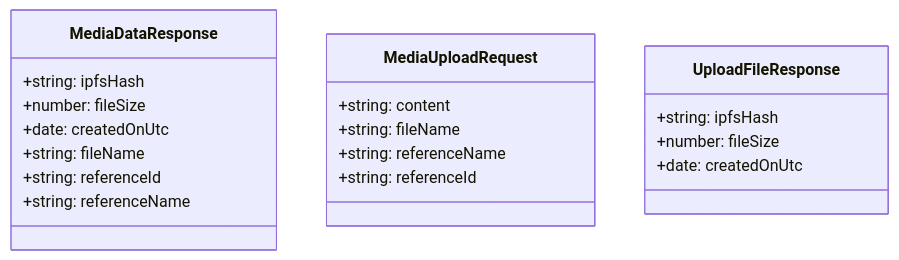
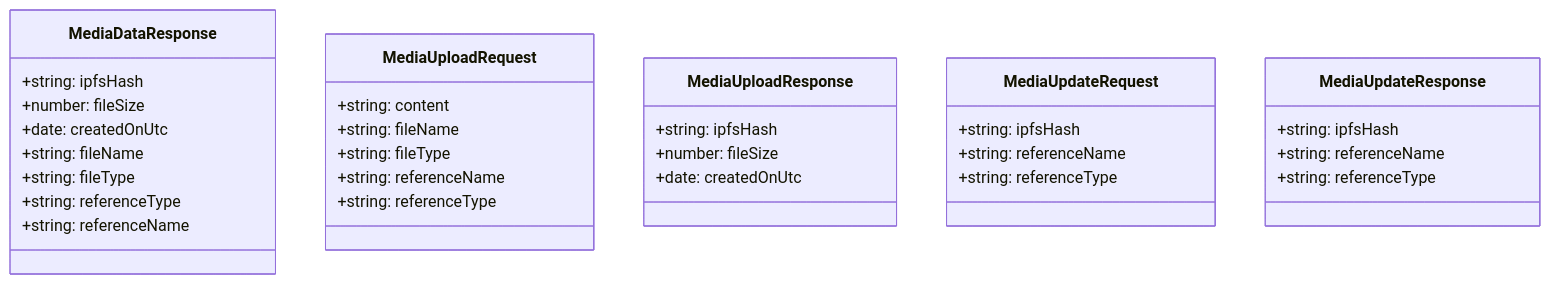
One commit to ikemtz/ITEC5905 changed the diagram in docs/media-webapi/class-diagram.md. Above: the diagram before and after it, drawn with Mermaid. The commit also changed 81 other files, not shown here.

````diff
--- a/docs/media-webapi/class-diagram.md
+++ b/docs/media-webapi/class-diagram.md
@@ -1,24 +1,36 @@
 ```mermaid
 classDiagram
 
 
   class MediaDataResponse{
     +string: ipfsHash
     +number: fileSize
     +date: createdOnUtc
     +string: fileName
-    +string: referenceId
+    +string: fileType
+    +string: referenceType
     +string: referenceName
   }
   class MediaUploadRequest{
     +string: content
     +string: fileName
+    +string: fileType
     +string: referenceName
-    +string: referenceId
+    +string: referenceType
   }
-  class UploadFileResponse{
+  class MediaUploadResponse{
     +string: ipfsHash
     +number: fileSize
     +date: createdOnUtc
   }
+  class MediaUpdateRequest{
+    +string: ipfsHash
+    +string: referenceName
+    +string: referenceType
+  }
+  class MediaUpdateResponse{
+    +string: ipfsHash
+    +string: referenceName
+    +string: referenceType
+  }
 ```
````
